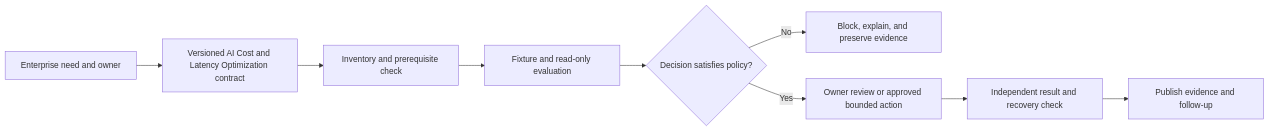
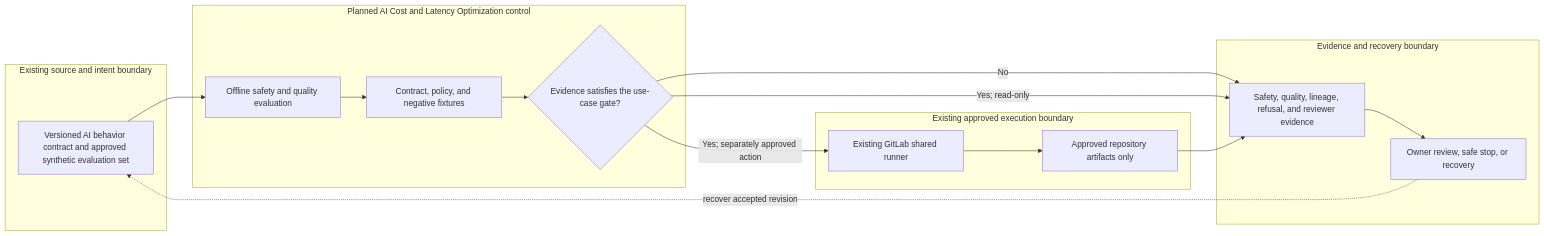
The diagram in docs/use-cases/healthcare-ai/UC-AI-010-ai-cost-and-latency-optimization.md (MIDHTECH/enterprise-architecture-docs), drawn with Mermaid before and after one commit. The commit also changed other lines of this file and 227 other files, not shown here.

Commit message:
Deepen architecture for all use case designs

````diff
--- a/docs/use-cases/healthcare-ai/UC-AI-010-ai-cost-and-latency-optimization.md
+++ b/docs/use-cases/healthcare-ai/UC-AI-010-ai-cost-and-latency-optimization.md
@@ -136,11 +129,25 @@
 ```mermaid
 flowchart LR
-    Need["Enterprise need and owner"] --> Contract["Versioned AI Cost and Latency Optimization contract"]
-    Contract --> Preflight["Inventory and prerequisite check"]
-    Preflight --> Evaluate["Fixture and read-only evaluation"]
-    Evaluate --> Decision{"Decision satisfies policy?"}
-    Decision -->|No| Stop["Block, explain, and preserve evidence"]
-    Decision -->|Yes| Review["Owner review or approved bounded action"]
-    Review --> Verify["Independent result and recovery check"]
-    Verify --> Publish["Publish evidence and follow-up"]
+    subgraph Source["Existing source and intent boundary"]
+        A["Versioned AI behavior contract and approved synthetic evaluation set"]
+    end
+    subgraph Planned["Planned AI Cost and Latency Optimization control"]
+        B["Offline safety and quality evaluation"]
+        C["Contract, policy, and negative fixtures"]
+        D{"Evidence satisfies the use-case gate?"}
+    end
+    subgraph Runtime["Existing approved execution boundary"]
+        E["Existing GitLab shared runner"]
+        F["Approved repository artifacts only"]
+    end
+    subgraph Assurance["Evidence and recovery boundary"]
+        G["Safety, quality, lineage, refusal, and reviewer evidence"]
+        H["Owner review, safe stop, or recovery"]
+    end
+
+    A --> B --> C --> D
+    D -->|No| G --> H
+    D -->|Yes; read-only| G
+    D -->|Yes; separately approved action| E --> F --> G
+    H -. recover accepted revision .-> A
 ```
````
